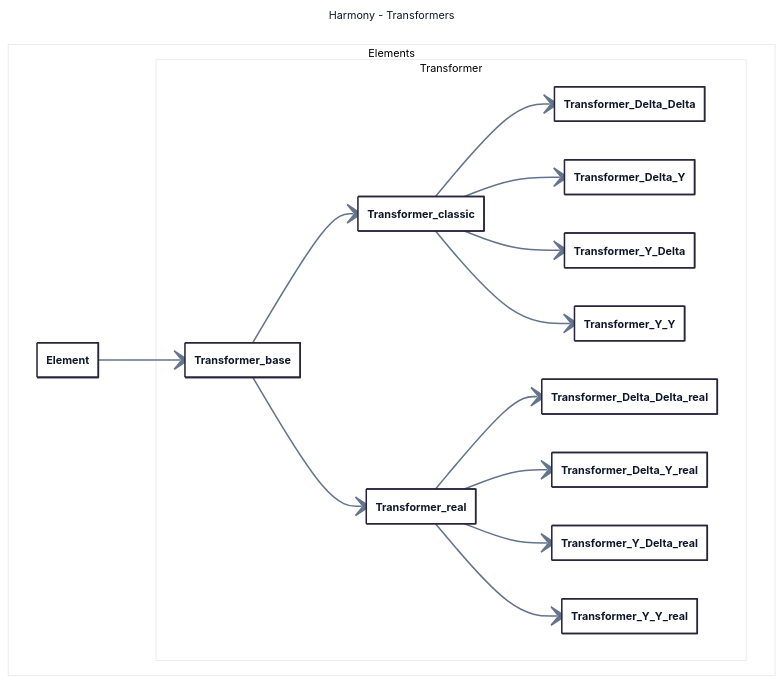
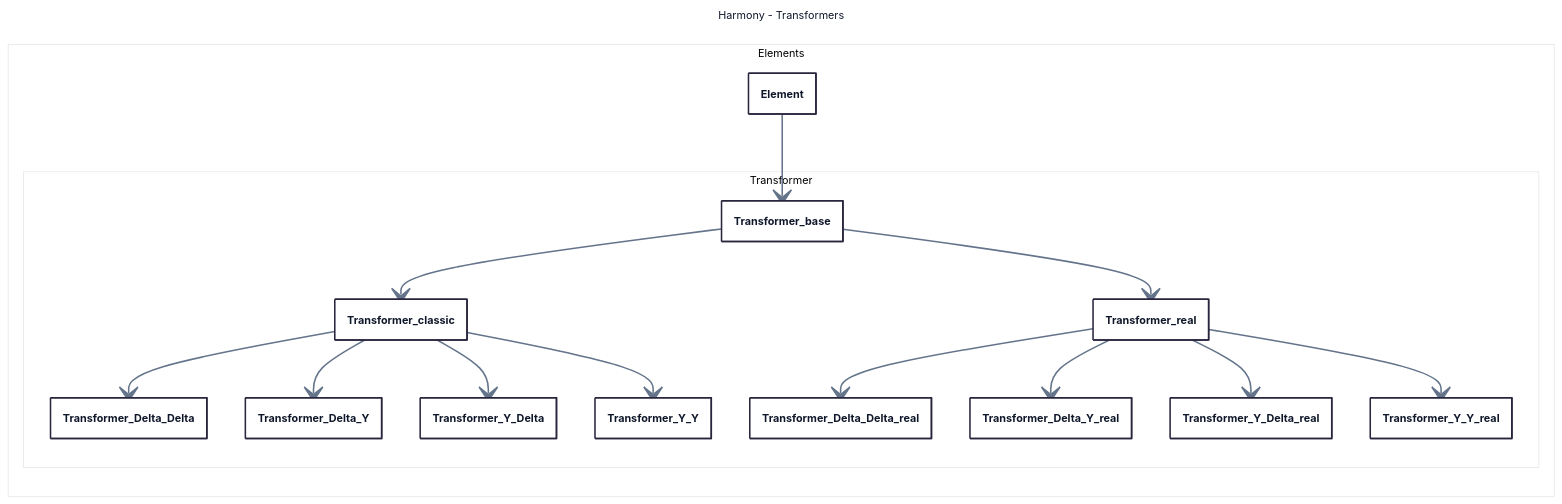
Before and after one commit to yiquintero/tmp: the fourth of 4 diagrams in class_diagram.md, drawn with Mermaid.

Commit message:
Modify class diagram configuration settings
Updated font family and added flowchart wrapping width in class diagram configuration.

````diff
--- a/class_diagram.md
+++ b/class_diagram.md
@@ -185,43 +185,47 @@
 ```mermaid
 ---
 title: Harmony - Transformers
 config:
   theme: redux-color
   themeVariables:
-    fontFamily: Inter, Segoe UI, sans-serif
+    fontFamily: Segoe UI, -apple-system, BlinkMacSystemFont, sans-serif
     lineColor: "#64748B"
     primaryTextColor: "#0F172A"
+  flowchart:
+    wrappingWidth: 450
   class:
     hideEmptyMembersBox: true
+    padding: 16
 ---
 classDiagram
+  direction LR
 
   namespace Elements {
     class Element {}
   }
 
   namespace Elements.Transformer {
     class Transformer_base {}
     class Transformer_classic {}
     class Transformer_Delta_Delta_real {}
     class Transformer_Delta_Delta {}
     class Transformer_Delta_Y_real {}
     class Transformer_Delta_Y {}
     class Transformer_real {}
     class Transformer_Y_Delta_real {}
     class Transformer_Y_Delta {}
     class Transformer_Y_Y_real {}
     class Transformer_Y_Y {}
   }
   Element --> Transformer_base
   Transformer_base --> Transformer_classic
   Transformer_base --> Transformer_real
   Transformer_classic --> Transformer_Delta_Delta
   Transformer_classic --> Transformer_Delta_Y
   Transformer_classic --> Transformer_Y_Delta
   Transformer_classic --> Transformer_Y_Y
   Transformer_real --> Transformer_Delta_Delta_real
   Transformer_real --> Transformer_Delta_Y_real
   Transformer_real --> Transformer_Y_Delta_real
   Transformer_real --> Transformer_Y_Y_real
 ```
````
